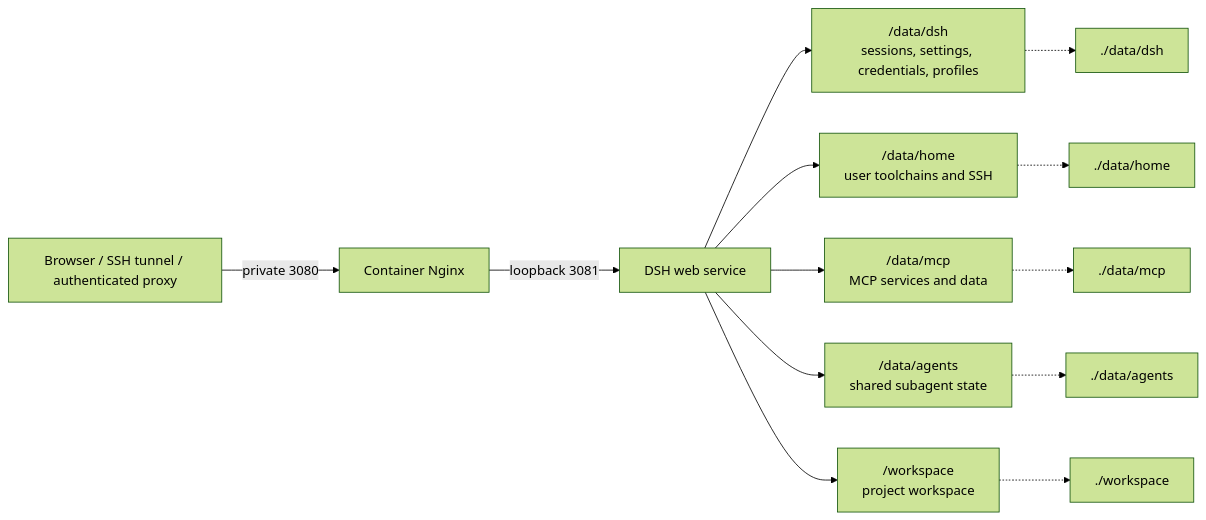
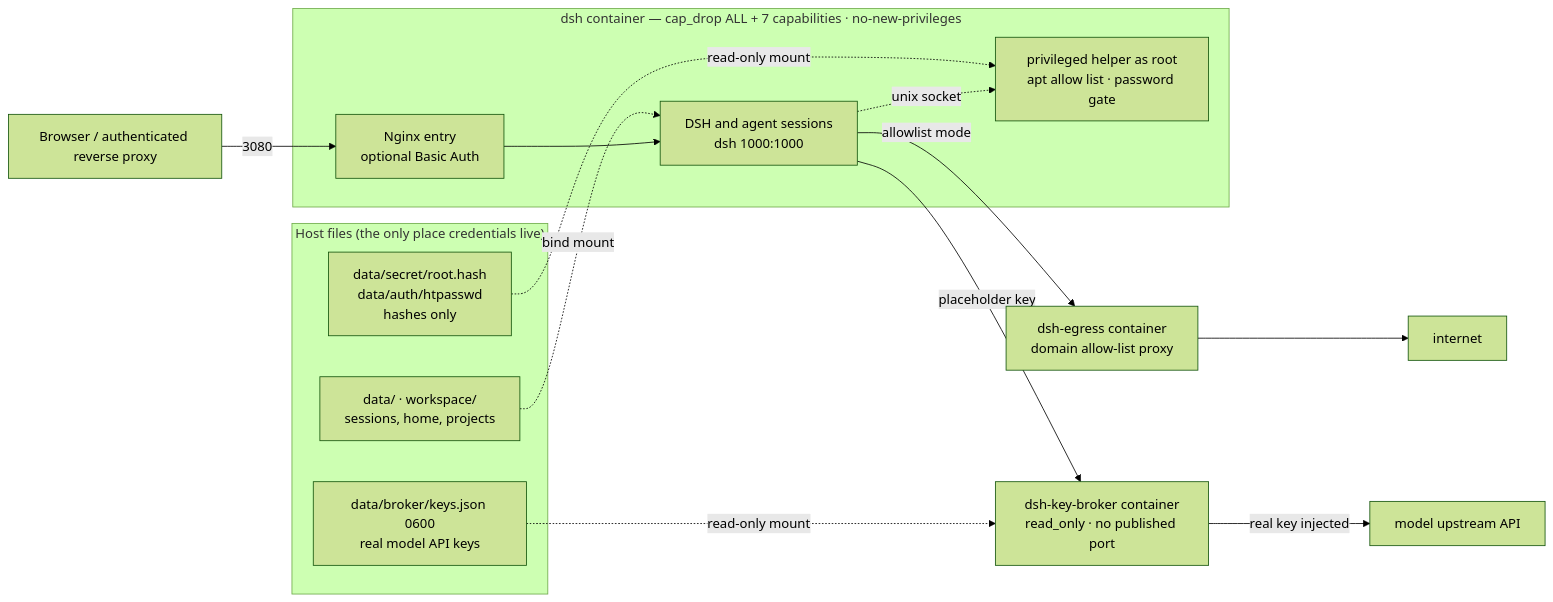
One commit to univers629/dsh-docker changed the diagram in README.en.md. Above: the diagram before and after it, drawn with Mermaid (forest theme). The commit also changed other lines of this file and 3 other files, not shown here.

````diff
--- a/README.en.md
+++ b/README.en.md
@@ -139,15 +117,29 @@
 ```mermaid
 flowchart LR
-    Client["Browser / SSH tunnel / authenticated proxy"] -->|private 3080| Proxy["Container Nginx"]
-    Proxy -->|loopback 3081| DSH["DSH web service"]
-    DSH --> Sessions["/data/dsh<br/>sessions, settings, credentials, profiles"]
-    DSH --> Home["/data/home<br/>user toolchains and SSH"]
-    DSH --> MCP["/data/mcp<br/>MCP services and data"]
-    DSH --> Agents["/data/agents<br/>shared subagent state"]
-    DSH --> Workspace["/workspace<br/>project workspace"]
-    Sessions -.-> H1["./data/dsh"]
-    Home -.-> H2["./data/home"]
-    MCP -.-> H3["./data/mcp"]
-    Agents -.-> H4["./data/agents"]
-    Workspace -.-> H5["./workspace"]
+    client["Browser / authenticated reverse proxy"]
+
+    subgraph hostfs["Host files (the only place credentials live)"]
+        keys["data/broker/keys.json 0600<br/>real model API keys"]
+        hashes["data/secret/root.hash<br/>data/auth/htpasswd<br/>hashes only"]
+        mounts["data/ · workspace/<br/>sessions, home, projects"]
+    end
+
+    subgraph dsh["dsh container — cap_drop ALL + 7 capabilities · no-new-privileges"]
+        nginx["Nginx entry<br/>optional Basic Auth"]
+        agent["DSH and agent sessions<br/>dsh 1000:1000"]
+        helper["privileged helper as root<br/>apt allow list · password gate"]
+    end
+
+    broker["dsh-key-broker container<br/>read_only · no published port"]
+    egress["dsh-egress container<br/>domain allow-list proxy"]
+    upstream["model upstream API"]
+    internet["internet"]
+
+    client -->|3080| nginx --> agent
+    agent -->|placeholder key| broker -->|real key injected| upstream
+    agent -->|allowlist mode| egress --> internet
+    agent -.->|unix socket| helper
+    keys -.->|read-only mount| broker
+    hashes -.->|read-only mount| helper
+    mounts -.->|bind mount| agent
 ```
````
